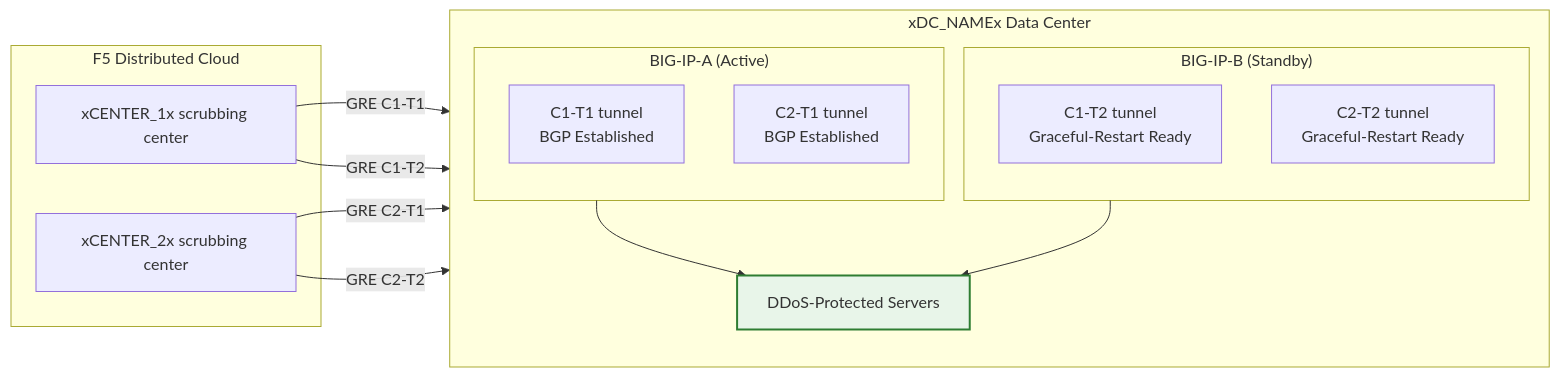
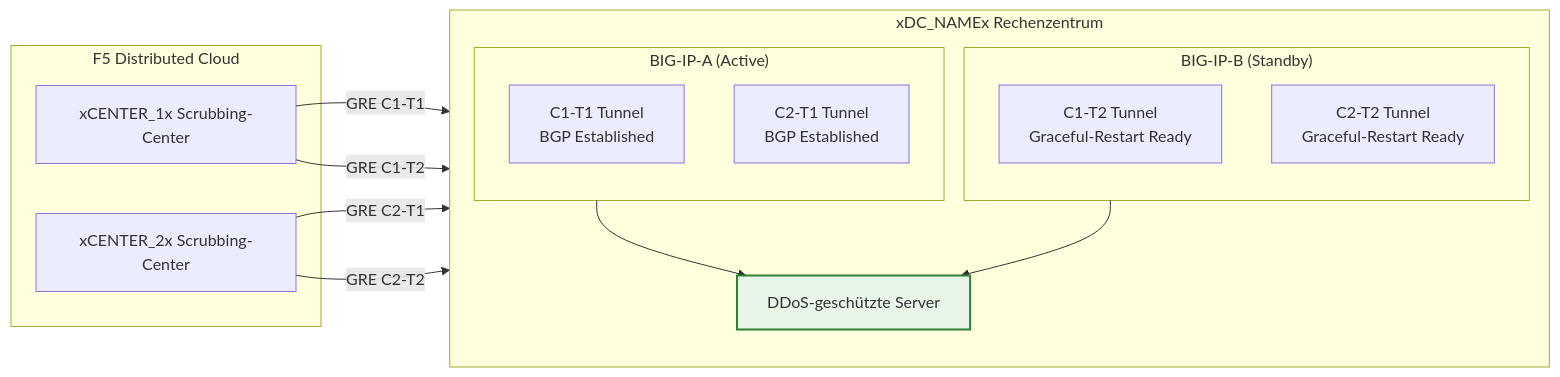
The second of 2 diagrams in docs/de/overview.mdx (f5-sales-demo/ddos), drawn with Mermaid before and after one commit. The commit also changed other lines of this file and 95 other files, not shown here.

````diff
--- a/docs/de/overview.mdx
+++ b/docs/de/overview.mdx
@@ -68,29 +68,29 @@
 ```mermaid
 flowchart LR
     subgraph F5XC["F5 Distributed Cloud"]
-        C1["xCENTER_1x scrubbing center"]
-        C2["xCENTER_2x scrubbing center"]
+        C1["xCENTER_1x Scrubbing-Center"]
+        C2["xCENTER_2x Scrubbing-Center"]
     end
 
-    subgraph DC["xDC_NAMEx Data Center"]
+    subgraph DC["xDC_NAMEx Rechenzentrum"]
         direction TB
         subgraph UNITA["BIG-IP-A (Active)"]
-            A_C1["C1-T1 tunnel<br/>BGP Established"]
-            A_C2["C2-T1 tunnel<br/>BGP Established"]
+            A_C1["C1-T1 Tunnel<br/>BGP Established"]
+            A_C2["C2-T1 Tunnel<br/>BGP Established"]
         end
         subgraph UNITB["BIG-IP-B (Standby)"]
-            B_C1["C1-T2 tunnel<br/>Graceful-Restart Ready"]
-            B_C2["C2-T2 tunnel<br/>Graceful-Restart Ready"]
+            B_C1["C1-T2 Tunnel<br/>Graceful-Restart Ready"]
+            B_C2["C2-T2 Tunnel<br/>Graceful-Restart Ready"]
         end
-        SERVERS["DDoS-Protected Servers"]
+        SERVERS["DDoS-geschützte Server"]
     end
 
     C1 -- "GRE C1-T1" --> A_C1
     C2 -- "GRE C2-T1" --> A_C2
     C1 -- "GRE C1-T2" --> B_C1
     C2 -- "GRE C2-T2" --> B_C2
     UNITA --> SERVERS
     UNITB --> SERVERS
 
     style SERVERS fill:#e8f5e9,stroke:#2e7d32,stroke-width:2px
 ```
````
